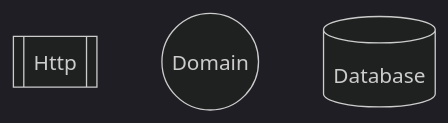
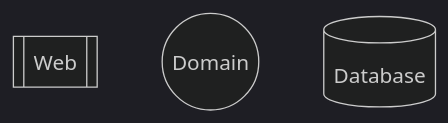
One commit to mouseless/baked changed the second of 4 diagrams in docs/architecture/README.md. Above: the diagram before and after it, drawn with Mermaid (dark theme). The commit also changed other lines of this file and 3 other files, not shown here.

Commit message:
rename http as web in document ℹ️  fixes build ℹ️

````diff
--- a/docs/architecture/README.md
+++ b/docs/architecture/README.md
@@ -41,6 +41,6 @@
 ```mermaid
 flowchart
-  H[[Http]]
+  W[[Web]]
   D((Domain))
   DB[(Database)]
 ```
````
